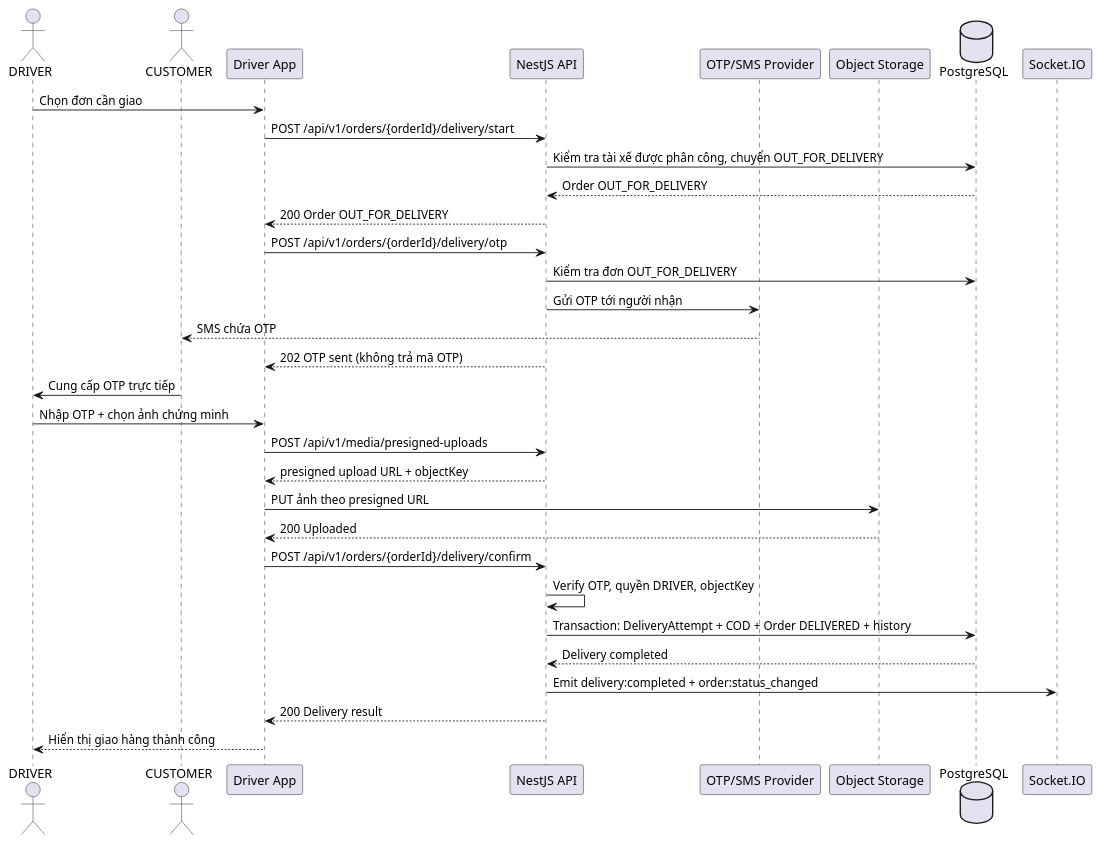
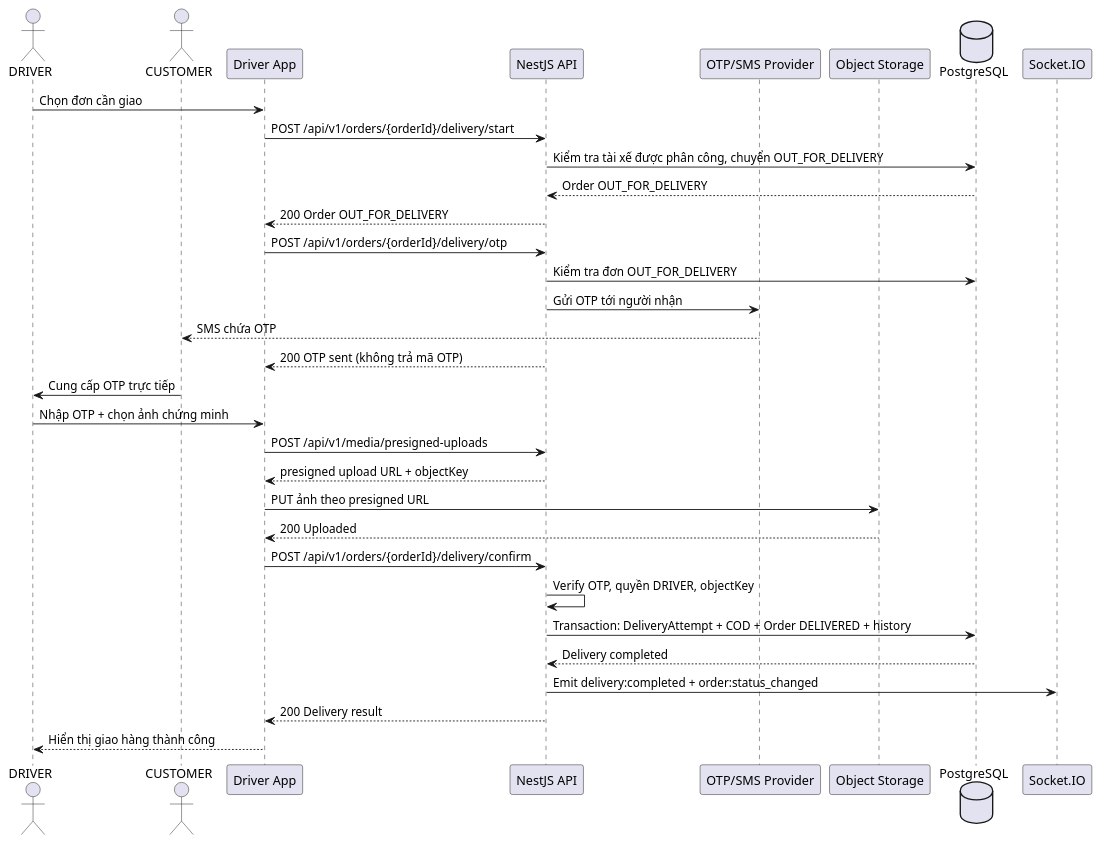
The diagram in docs/diagrams/sequence-delivery-otp.puml (CNPM-2026-1/he-thong-van-chuyen-hoa-toc), drawn with PlantUML before and after one commit. The commit also changed 9 other files, not shown here.

```diff
--- a/docs/diagrams/sequence-delivery-otp.puml
+++ b/docs/diagrams/sequence-delivery-otp.puml
@@ -1,34 +1,34 @@
 @startuml
 actor DRIVER
 actor CUSTOMER
 participant "Driver App" as App
 participant "NestJS API" as API
 participant "OTP/SMS Provider" as SMS
 participant "Object Storage" as Storage
 database "PostgreSQL" as DB
 participant "Socket.IO" as Socket
 
 DRIVER -> App : Chọn đơn cần giao
 App -> API : POST /api/v1/orders/{orderId}/delivery/start
 API -> DB : Kiểm tra tài xế được phân công, chuyển OUT_FOR_DELIVERY
 DB --> API : Order OUT_FOR_DELIVERY
 API --> App : 200 Order OUT_FOR_DELIVERY
 App -> API : POST /api/v1/orders/{orderId}/delivery/otp
 API -> DB : Kiểm tra đơn OUT_FOR_DELIVERY
 API -> SMS : Gửi OTP tới người nhận
 SMS --> CUSTOMER : SMS chứa OTP
-API --> App : 202 OTP sent (không trả mã OTP)
+API --> App : 200 OTP sent (không trả mã OTP)
 CUSTOMER -> DRIVER : Cung cấp OTP trực tiếp
 DRIVER -> App : Nhập OTP + chọn ảnh chứng minh
 App -> API : POST /api/v1/media/presigned-uploads
 API --> App : presigned upload URL + objectKey
 App -> Storage : PUT ảnh theo presigned URL
 Storage --> App : 200 Uploaded
 App -> API : POST /api/v1/orders/{orderId}/delivery/confirm
 API -> API : Verify OTP, quyền DRIVER, objectKey
 API -> DB : Transaction: DeliveryAttempt + COD + Order DELIVERED + history
 DB --> API : Delivery completed
 API -> Socket : Emit delivery:completed + order:status_changed
 API --> App : 200 Delivery result
 App --> DRIVER : Hiển thị giao hàng thành công
 @enduml
```
